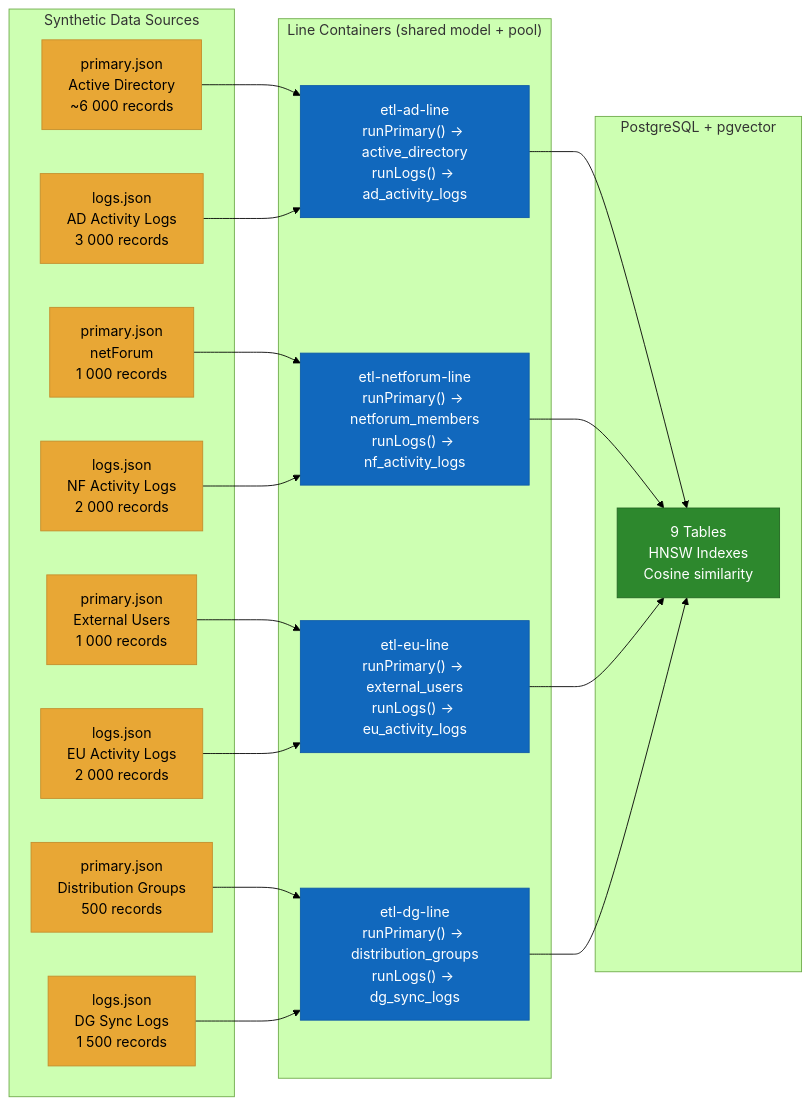
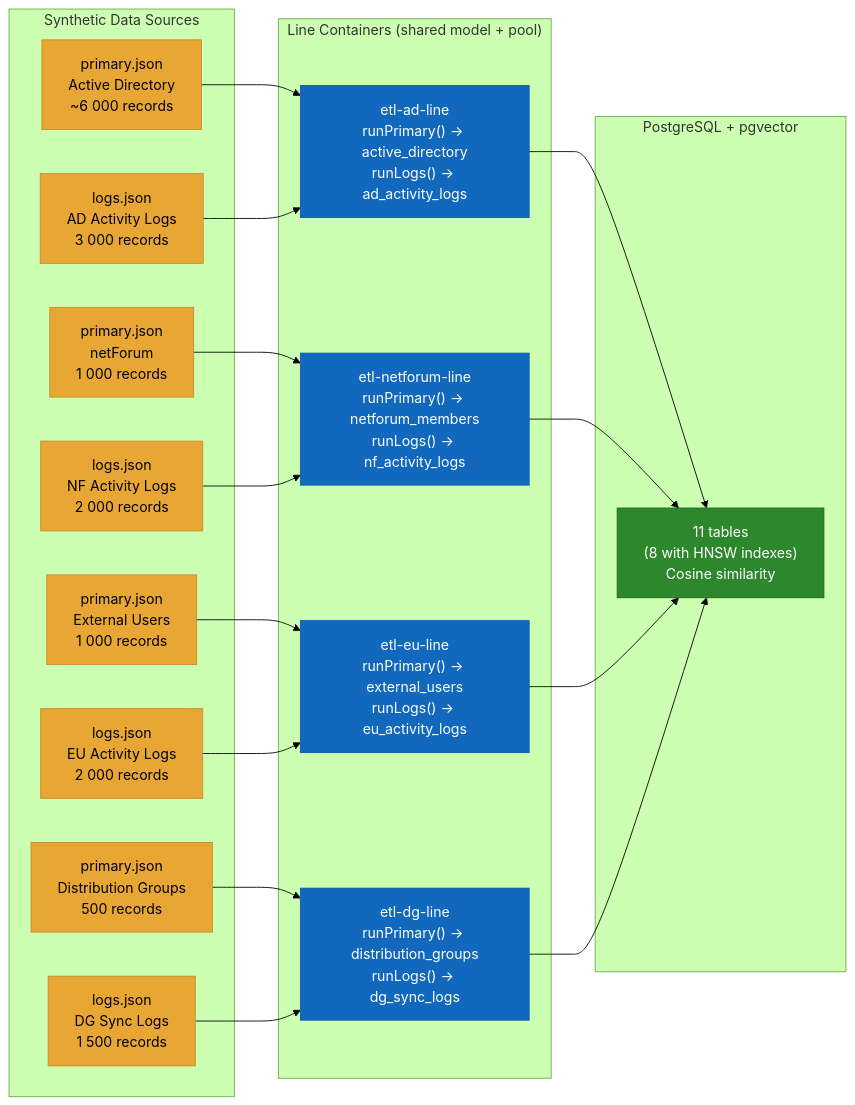
The diagram in docs/diagrams/etl-data-flow.md (sjackshaw/user-search), drawn with Mermaid (forest theme) before and after one commit. The commit also changed 31 other files, not shown here.

````diff
--- a/docs/diagrams/etl-data-flow.md
+++ b/docs/diagrams/etl-data-flow.md
@@ -3,33 +3,33 @@
 ```mermaid
 flowchart LR
     classDef source fill:#E8A735,stroke:#C48E2C,color:#000
     classDef process fill:#1168BD,stroke:#0E5BA7,color:#fff
     classDef store fill:#2D882D,stroke:#226622,color:#fff
 
     subgraph Sources [" Synthetic Data Sources "]
         P1["primary.json\nActive Directory\n~6 000 records"]:::source
         P2["primary.json\nnetForum\n1 000 records"]:::source
         P3["primary.json\nExternal Users\n1 000 records"]:::source
         P4["primary.json\nDistribution Groups\n500 records"]:::source
         L1["logs.json\nAD Activity Logs\n3 000 records"]:::source
         L2["logs.json\nNF Activity Logs\n2 000 records"]:::source
         L3["logs.json\nEU Activity Logs\n2 000 records"]:::source
         L4["logs.json\nDG Sync Logs\n1 500 records"]:::source
     end
 
     subgraph Lines [" Line Containers (shared model + pool) "]
         C1["etl-ad-line\nrunPrimary() → active_directory\nrunLogs() → ad_activity_logs"]:::process
         C2["etl-netforum-line\nrunPrimary() → netforum_members\nrunLogs() → nf_activity_logs"]:::process
         C3["etl-eu-line\nrunPrimary() → external_users\nrunLogs() → eu_activity_logs"]:::process
         C4["etl-dg-line\nrunPrimary() → distribution_groups\nrunLogs() → dg_sync_logs"]:::process
     end
 
     subgraph Database [" PostgreSQL + pgvector "]
-        DB["9 Tables\nHNSW Indexes\nCosine similarity"]:::store
+        DB["11 tables\n(8 with HNSW indexes)\nCosine similarity"]:::store
     end
 
     P1 & L1 --> C1 --> DB
     P2 & L2 --> C2 --> DB
     P3 & L3 --> C3 --> DB
     P4 & L4 --> C4 --> DB
 ```
````
